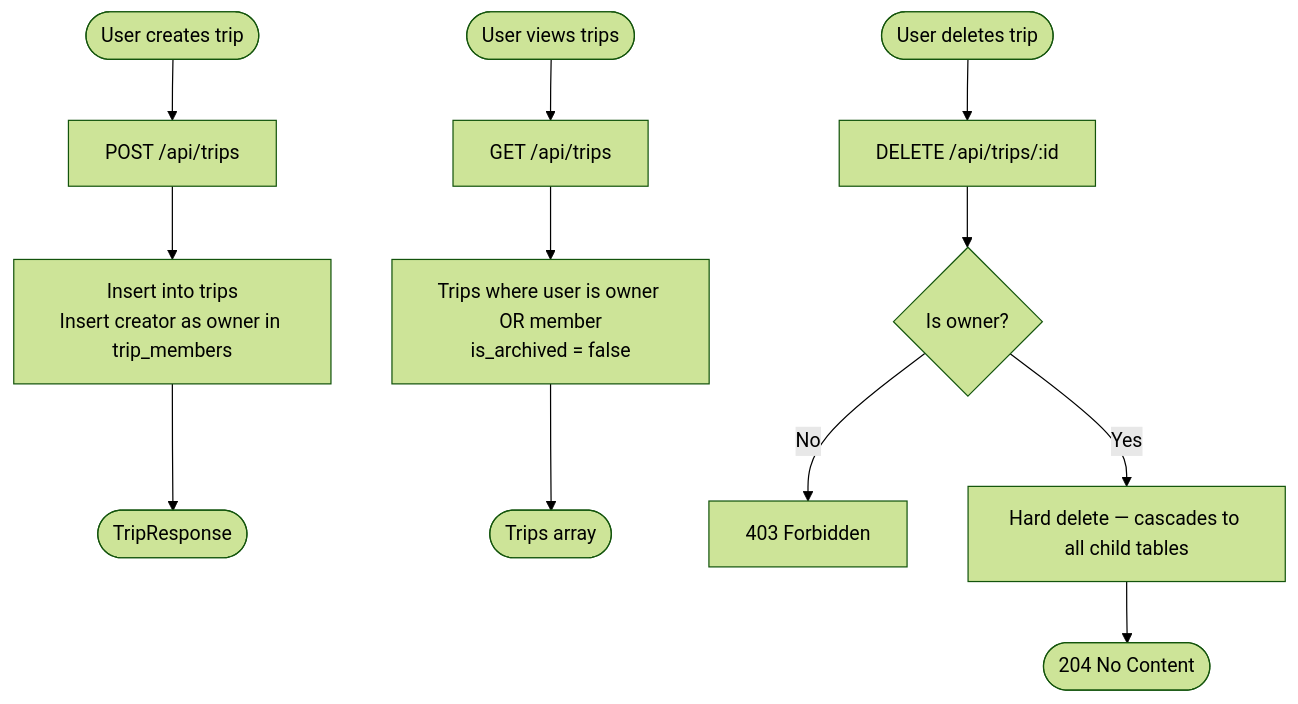
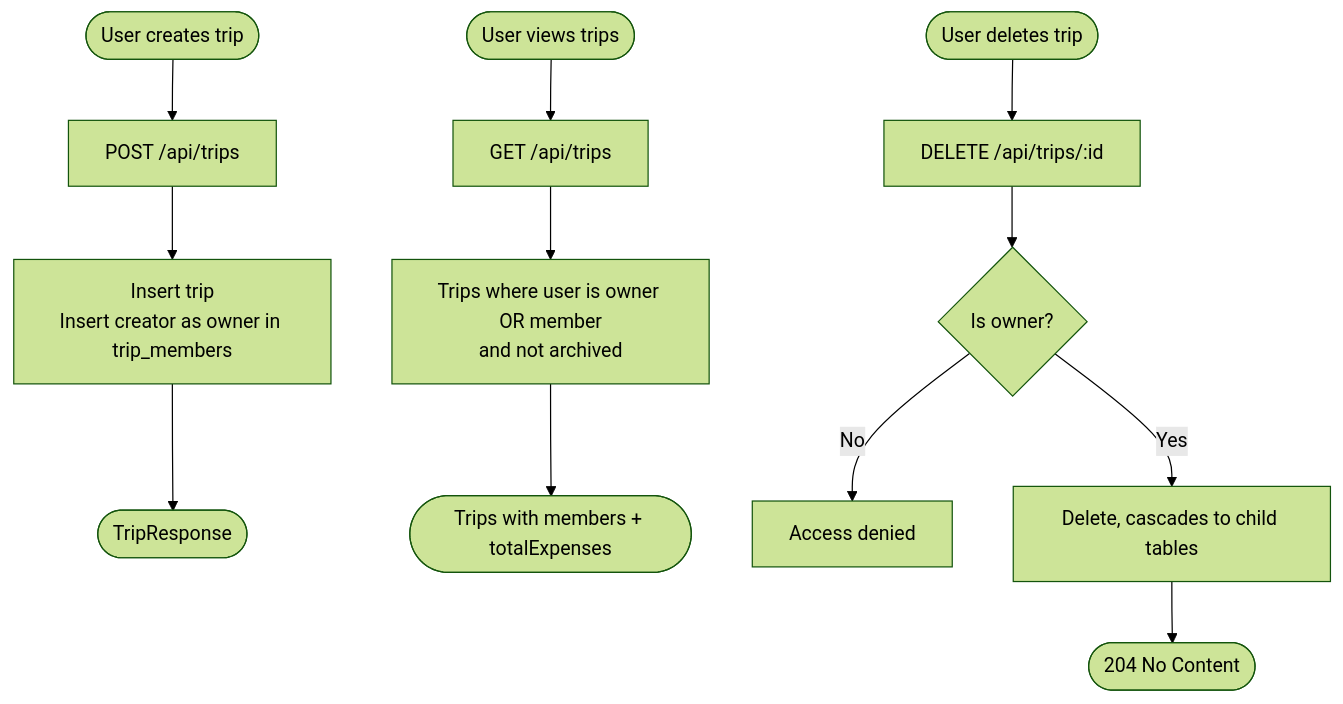
Before and after one commit to snsyaqirah/snsyaqirah.github.io: diagram 13 of 16 in portfolio-react/public/docs/travelluhh.md, drawn with Mermaid (forest theme). The commit also changed other lines of this file and 101 other files, not shown here.

````diff
--- a/portfolio-react/public/docs/travelluhh.md
+++ b/portfolio-react/public/docs/travelluhh.md
@@ -513,16 +539,16 @@
 ```mermaid
 flowchart TD
     A([User creates trip]) --> B[POST /api/trips]
-    B --> C[Insert into trips\nInsert creator as owner in trip_members]
+    B --> C[Insert trip<br/>Insert creator as owner in trip_members]
     C --> D([TripResponse])
 
     E([User views trips]) --> F[GET /api/trips]
-    F --> G[Trips where user is owner OR member\nis_archived = false]
-    G --> H([Trips array])
+    F --> G[Trips where user is owner OR member<br/>and not archived]
+    G --> H([Trips with members + totalExpenses])
 
     I([User deletes trip]) --> J[DELETE /api/trips/:id]
     J --> K{Is owner?}
-    K -->|No| L[403 Forbidden]
-    K -->|Yes| M[Hard delete — cascades to all child tables]
+    K -->|No| L[Access denied]
+    K -->|Yes| M[Delete, cascades to child tables]
     M --> N([204 No Content])
 ```
````
